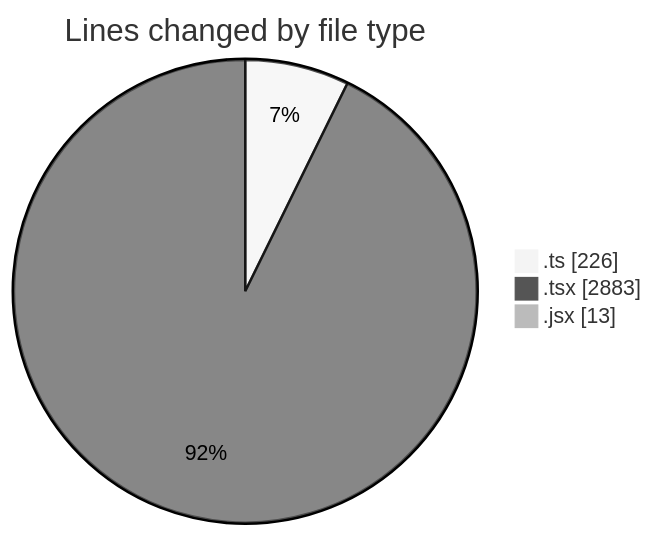
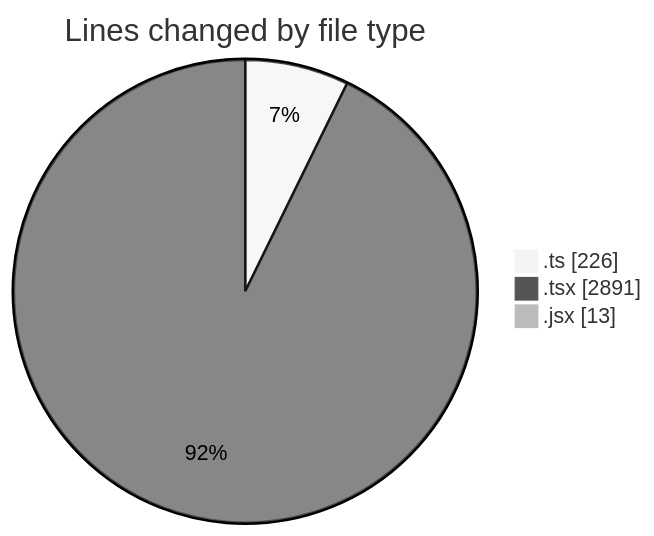
The first of 2 diagrams in 2025-12-02/cda/README.md (momahboobian/code-tracking), drawn with Mermaid (neutral theme) before and after one commit. The commit also changed other lines of this file and 1 other file, not shown here.

````diff
--- a/2025-12-02/cda/README.md
+++ b/2025-12-02/cda/README.md
@@ -30,7 +30,7 @@
 ```mermaid
 pie showData
 title Lines changed by file type
 ".ts" : 226
-".tsx" : 2883
+".tsx" : 2891
 ".jsx" : 13
 ```
````
